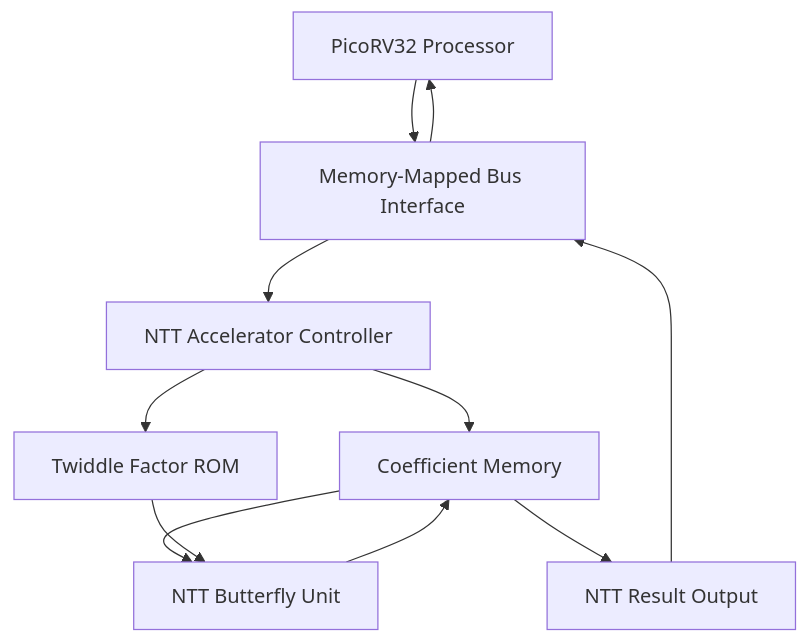
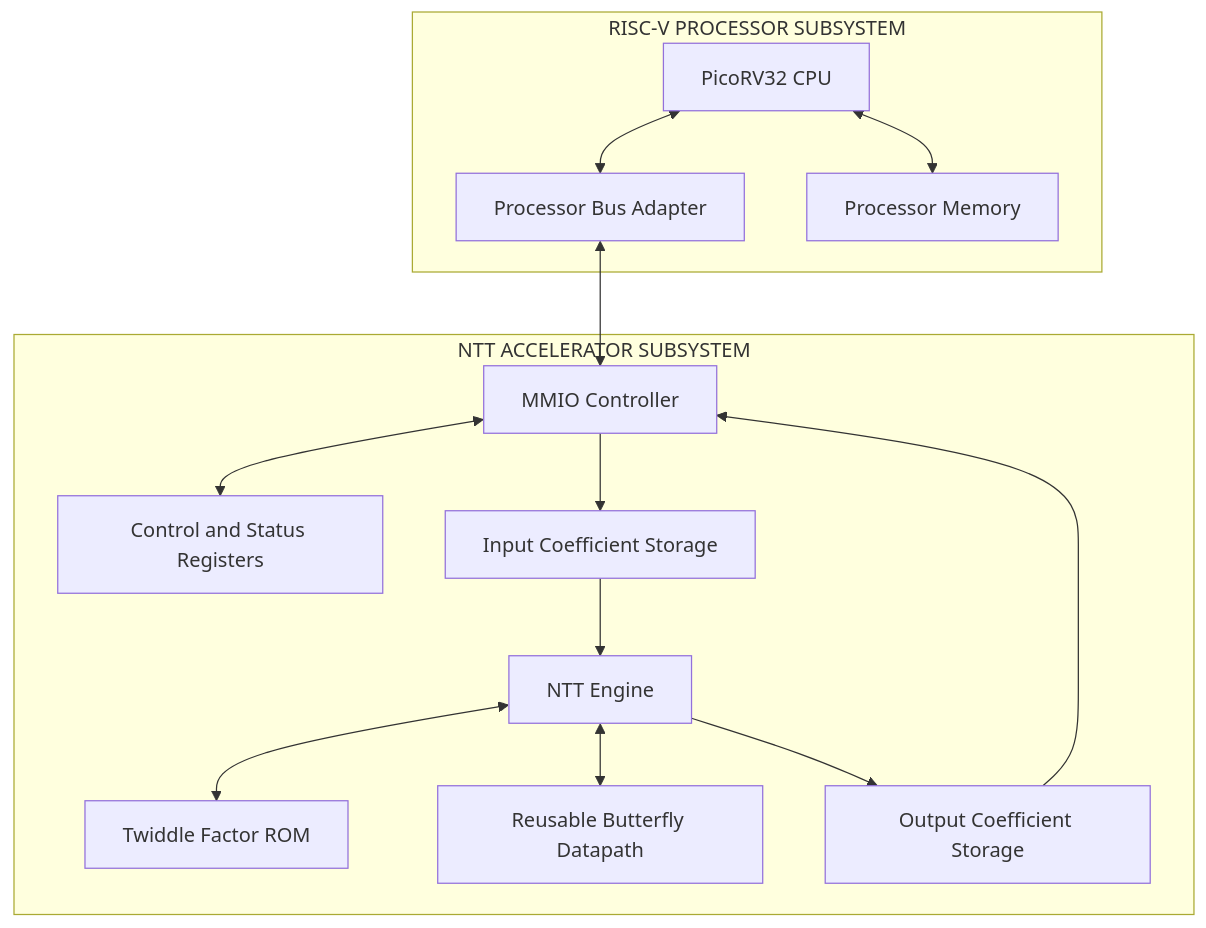
One commit to Harshima-Joshi15/riscv-ntt-accelerator changed the first of 6 diagrams in README.md. Above: the diagram before and after it, drawn with Mermaid. The commit also changed other lines of this file, not shown here.

````diff
--- a/README.md
+++ b/README.md
@@ -33,13 +55,30 @@
 ```mermaid
-flowchart TD
-    A["PicoRV32 Processor"] --> B["Memory-Mapped Bus Interface"]
-    B --> C["NTT Accelerator Controller"]
-    C --> D["Coefficient Memory"]
-    C --> E["Twiddle Factor ROM"]
-    D --> F["NTT Butterfly Unit"]
-    E --> F
-    F --> D
-    D --> G["NTT Result Output"]
-    G --> B
-    B --> A
+flowchart TB
+    subgraph PROCESSOR["RISC-V PROCESSOR SUBSYSTEM"]
+        CPU["PicoRV32 CPU"]
+        BUS["Processor Bus Adapter"]
+        MEM["Processor Memory"]
+        CPU <--> BUS
+        CPU <--> MEM
+    end
+
+    subgraph ACCELERATOR["NTT ACCELERATOR SUBSYSTEM"]
+        MMIO["MMIO Controller"]
+        CTRL["Control and Status Registers"]
+        INPUT["Input Coefficient Storage"]
+        ENGINE["NTT Engine"]
+        TWIDDLE["Twiddle Factor ROM"]
+        BUTTERFLY["Reusable Butterfly Datapath"]
+        OUTPUT["Output Coefficient Storage"]
+
+        MMIO <--> CTRL
+        MMIO --> INPUT
+        INPUT --> ENGINE
+        ENGINE <--> TWIDDLE
+        ENGINE <--> BUTTERFLY
+        ENGINE --> OUTPUT
+        OUTPUT --> MMIO
+    end
+
+    BUS <--> MMIO
 ```
````
